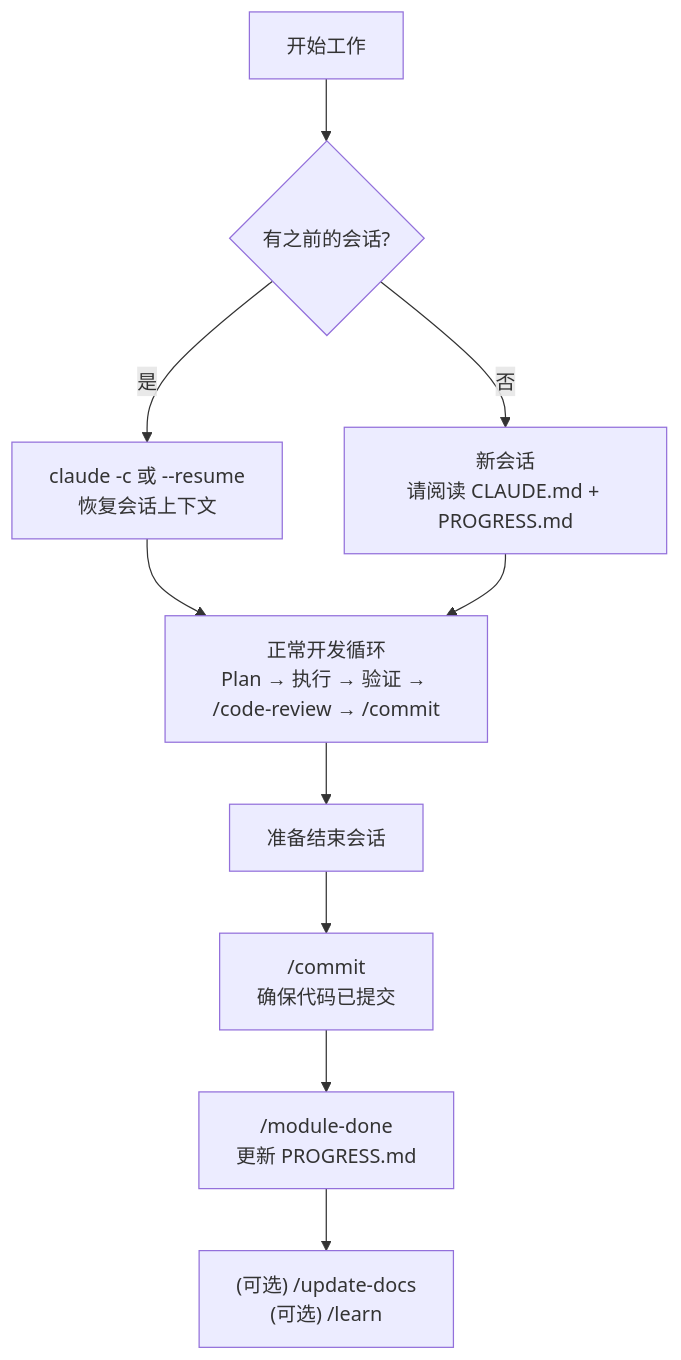
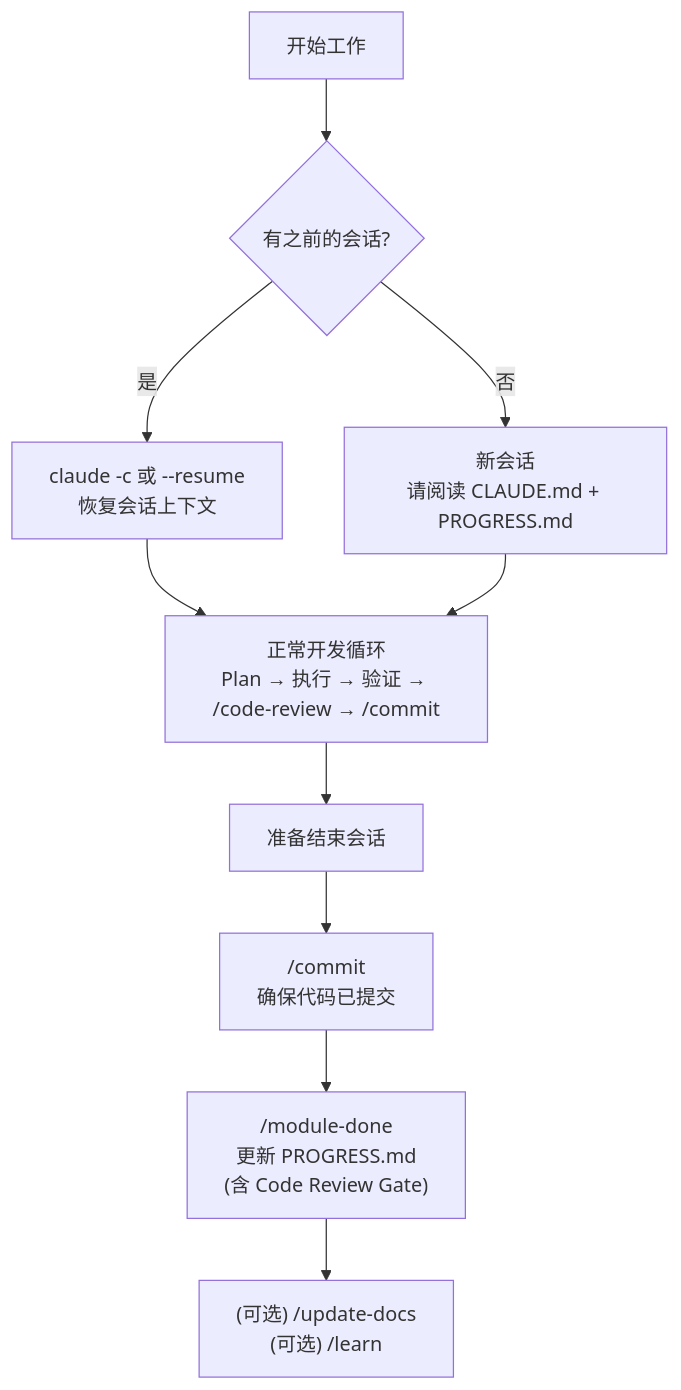
One commit to shrekshrek/claude-agent-manual changed the fourth of 4 diagrams in WORKFLOW.md. Above: the diagram before and after it, drawn with Mermaid. The commit also changed other lines of this file and 2 other files, not shown here.

First line of the commit message:
feat: add Code Review Gate to /module-done

````diff
--- a/WORKFLOW.md
+++ b/WORKFLOW.md
@@ -531,12 +534,12 @@
 ```mermaid
 flowchart TD
     Start["开始工作"] --> Q{"有之前的会话?"}
     Q -->|"是"| Resume["claude -c 或 --resume\n恢复会话上下文"]
     Q -->|"否"| New["新会话\n请阅读 CLAUDE.md + PROGRESS.md"]
     Resume --> Dev["正常开发循环\nPlan → 执行 → 验证 → /code-review → /commit"]
     New --> Dev
     Dev --> End["准备结束会话"]
     End --> C1["/commit\n确保代码已提交"]
-    C1 --> C2["/module-done\n更新 PROGRESS.md"]
+    C1 --> C2["/module-done\n更新 PROGRESS.md\n(含 Code Review Gate)"]
     C2 --> C3["(可选) /update-docs\n(可选) /learn"]
 ```
````
